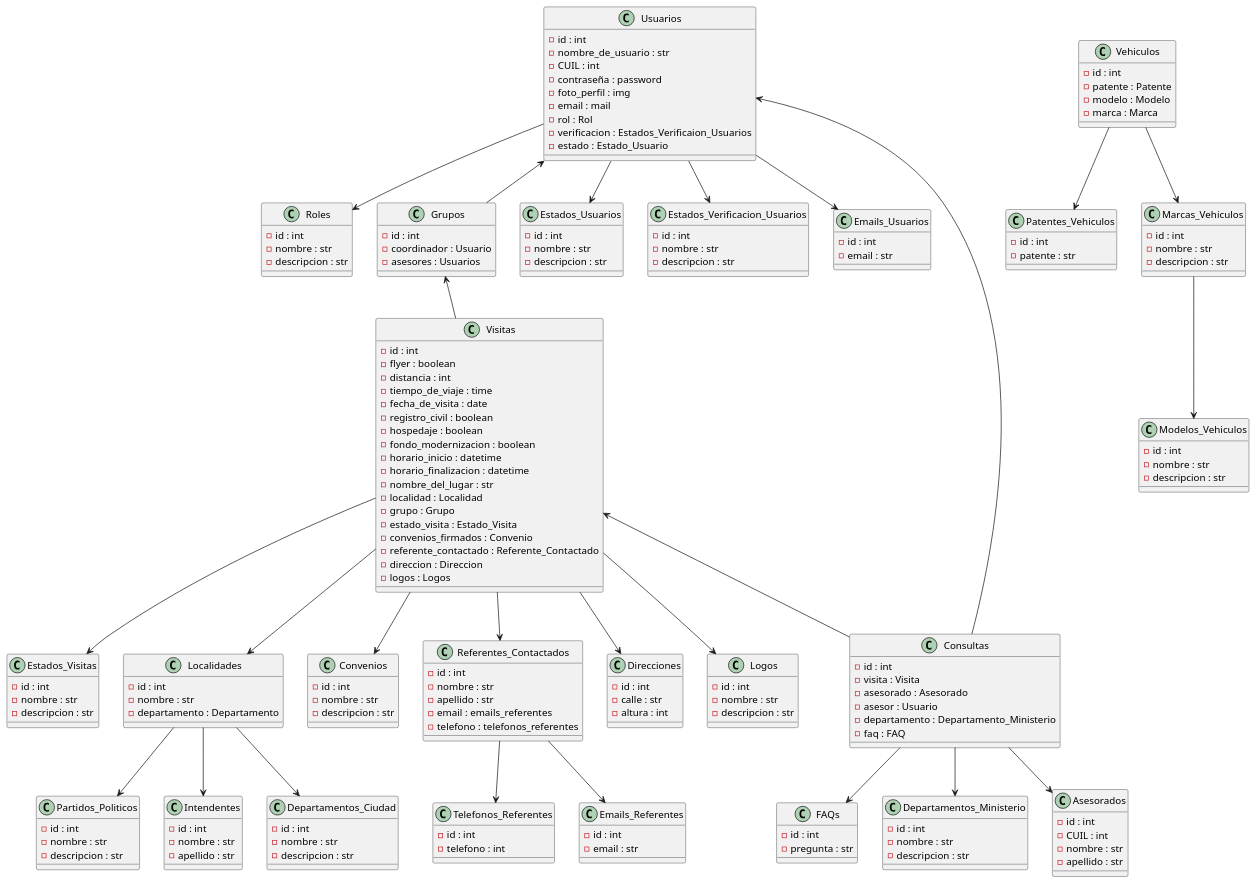
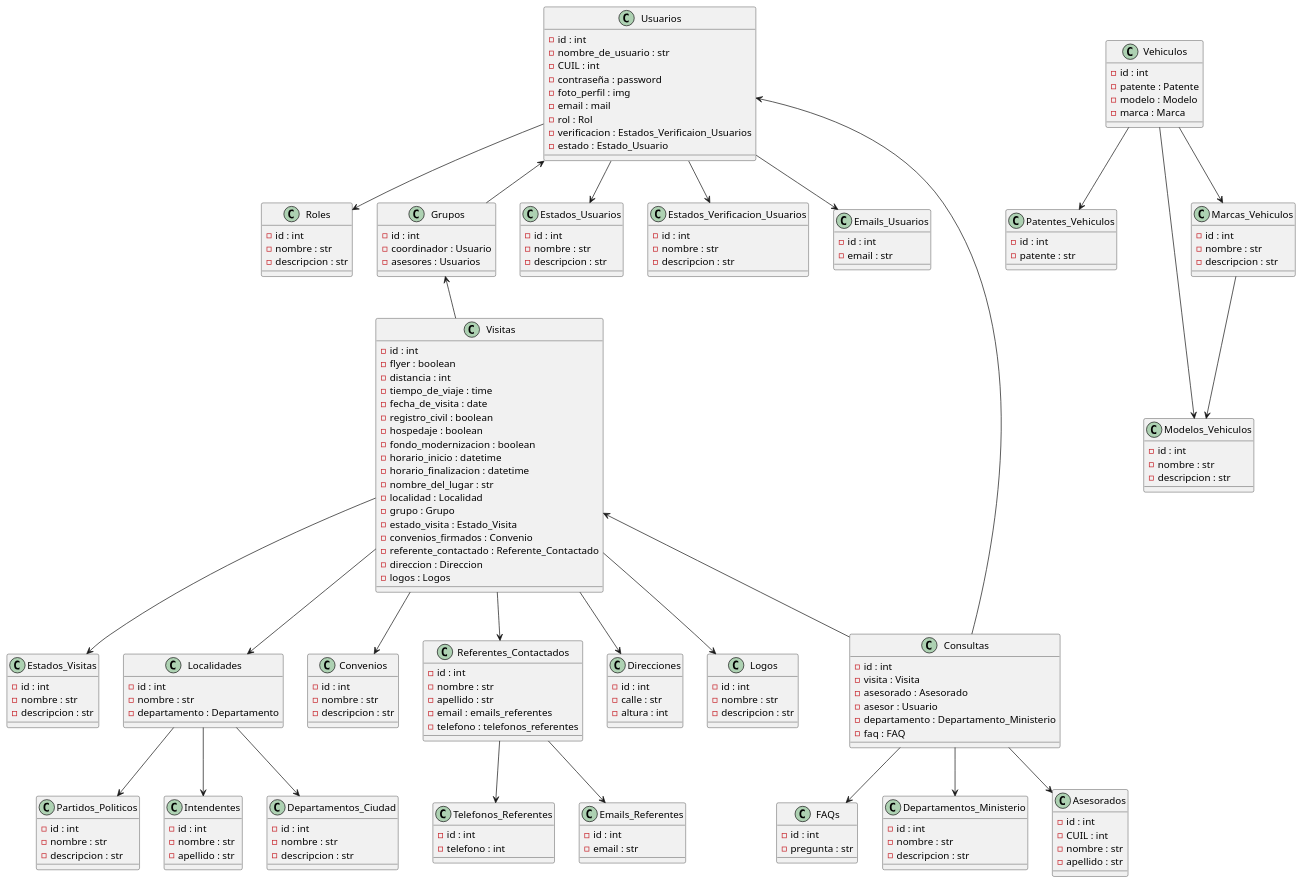
Before and after one commit to MateMar04/financiation: the diagram in Database_Source/diagram.wsd, drawn with PlantUML.

Commit message:
Added relationship

```diff
--- a/Database_Source/diagram.wsd
+++ b/Database_Source/diagram.wsd
@@ -204,6 +204,7 @@
 Referentes_Contactados --> Telefonos_Referentes
 Vehiculos --> Patentes_Vehiculos
 Vehiculos --> Marcas_Vehiculos
+Vehiculos --> Modelos_Vehiculos
 Marcas_Vehiculos --> Modelos_Vehiculos
 
 @enduml
```
